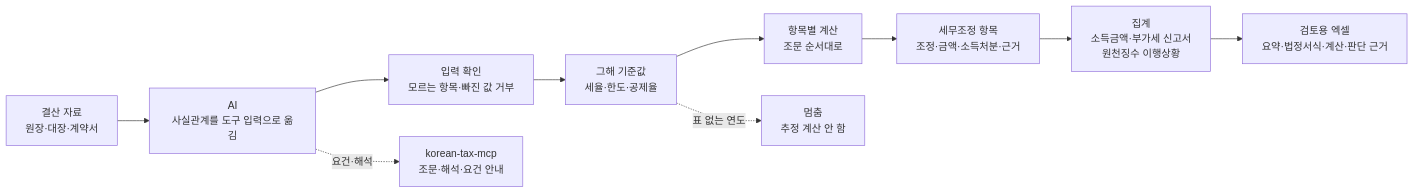
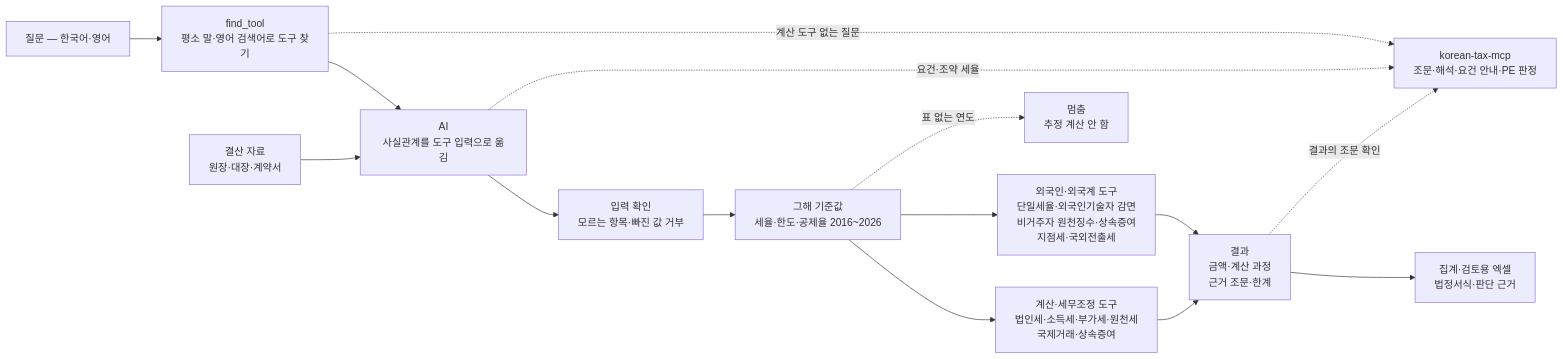
Before and after one commit to UpstageAI/korean-tax-calc-mcp: the first of 3 diagrams in README.md, drawn with Mermaid. The commit also changed other lines of this file and 7 other files, not shown here.

First line of the commit message:
docs: 0.53.1 — README·다이어그램 정리, PyPI 설명 도구 수 정정, project_urls

````diff
--- a/README.md
+++ b/README.md
@@ -21,12 +36,17 @@
 ```mermaid
 flowchart LR
-  D["결산 자료<br/>원장·대장·계약서"] --> M["AI<br/>사실관계를 도구 입력으로 옮김"]
+  Q["질문 — 한국어·영어"] --> F["find_tool<br/>평소 말·영어 검색어로 도구 찾기"]
+  D["결산 자료<br/>원장·대장·계약서"] --> M
+  F --> M["AI<br/>사실관계를 도구 입력으로 옮김"]
   M --> V["입력 확인<br/>모르는 항목·빠진 값 거부"]
-  V --> T["그해 기준값<br/>세율·한도·공제율"]
-  T --> E["항목별 계산<br/>조문 순서대로"]
-  E --> A["세무조정 항목<br/>조정·금액·소득처분·근거"]
-  A --> S["집계<br/>소득금액·부가세 신고서<br/>원천징수 이행상황"]
-  S --> X["검토용 엑셀<br/>요약·법정서식·계산·판단 근거"]
+  V --> T["그해 기준값<br/>세율·한도·공제율 2016~2026"]
+  T --> E["계산·세무조정 도구<br/>법인세·소득세·부가세·원천세<br/>국제거래·상속증여"]
+  T --> P["외국인·외국계 도구<br/>단일세율·외국인기술자 감면<br/>비거주자 원천징수·상속증여<br/>지점세·국외전출세"]
+  E --> R["결과<br/>금액·계산 과정<br/>근거 조문·한계"]
+  P --> R
+  R --> X["집계·검토용 엑셀<br/>법정서식·판단 근거"]
   T -.->|표 없는 연도| N["멈춤<br/>추정 계산 안 함"]
-  M -.->|요건·해석| K["korean-tax-mcp<br/>조문·해석·요건 안내"]
+  M -.->|요건·조약 세율| K["korean-tax-mcp<br/>조문·해석·요건 안내·PE 판정"]
+  R -.->|결과의 조문 확인| K
+  F -.->|계산 도구 없는 질문| K
 ```
````
